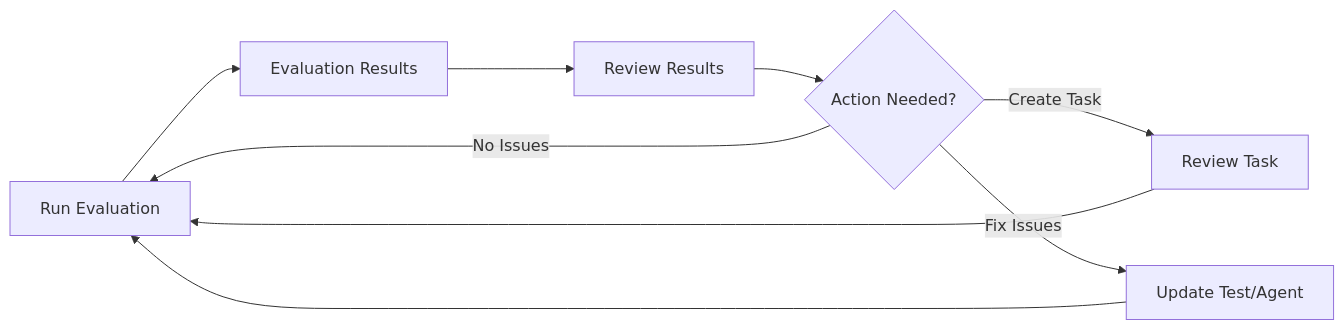
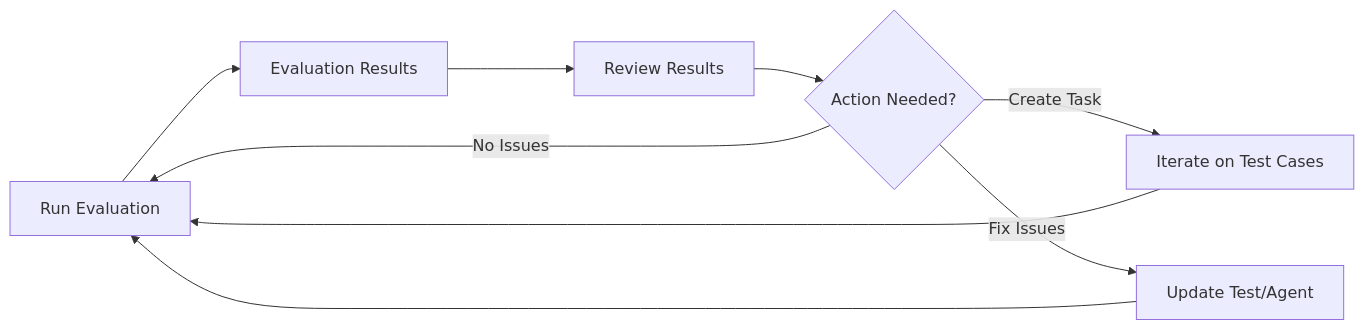
The diagram in script-docs/hub/ui/evaluations/index.rst (Giskard-AI/giskard-hub), drawn with Mermaid before and after one commit. The commit also changed 2 other files, not shown here.

Commit message:
Refactor workflow diagrams in documentation
- Updated the high-level workflow diagrams in `index.rst` files for hub, evaluations, and scan sections.
- Improved clarity by adjusting the flow of tasks, specifically renaming and reorganizing steps related to task management and iterative testing processes.

```diff
--- a/script-docs/hub/ui/evaluations/index.rst
+++ b/script-docs/hub/ui/evaluations/index.rst
@@ -50,12 +50,12 @@
 .. mermaid::
    :align: center
 
    graph LR
        A[Run Evaluation] --> B[Evaluation Results]
        B --> C[Review Results]
        C --> D{Action Needed?}
-       D -->|Create Task| E[Review Task]
+       D -->|Create Task| E[Iterate on Test Cases]
        D -->|Fix Issues| F[Update Test/Agent]
        D -->|No Issues| A
        E --> A
        F --> A
```
